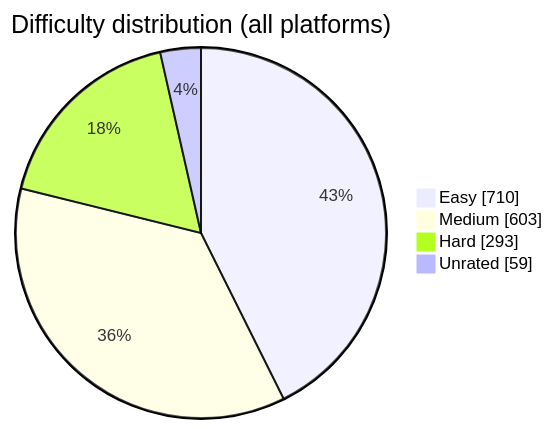
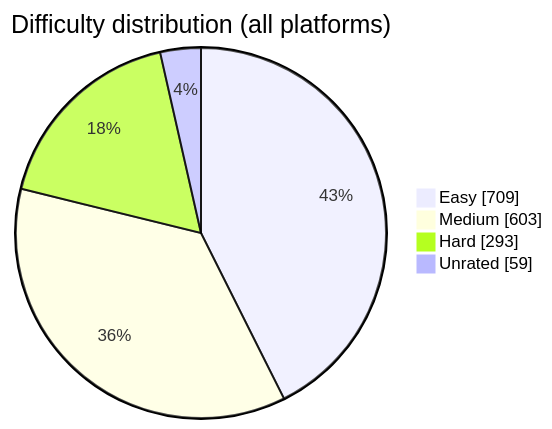
The diagram in README.md (BuildbyArindam/Daily-Coding-Log), drawn with Mermaid before and after one commit. The commit also changed other lines of this file, not shown here.

````diff
--- a/README.md
+++ b/README.md
@@ -93,7 +93,7 @@
 ```mermaid
 pie showData title Difficulty distribution (all platforms)
-    "Easy" : 710
+    "Easy" : 709
     "Medium" : 603
     "Hard" : 293
     "Unrated" : 59
 ```
````
